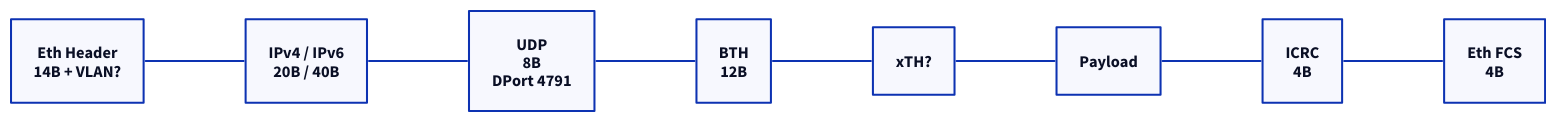
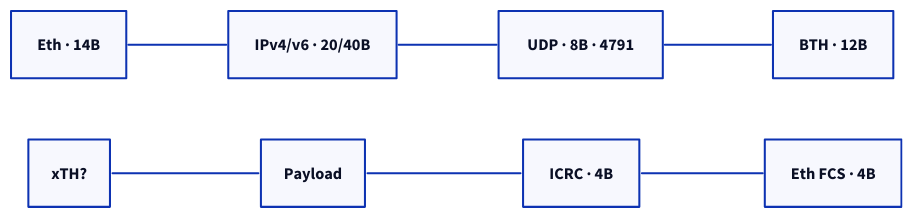
The second of 2 diagrams in topics/rdma/docs/03_rocev2.md (humbleowl39/DV_SKOOL), drawn with D2 before and after one commit. The commit also changed other lines of this file and 90 other files, not shown here.

First line of the commit message:
docs: 전 토픽 다이어그램 정비 — ASCII→D2, mermaid→D2, 과대 D2 가시성 수정

````diff
--- a/topics/rdma/docs/03_rocev2.md
+++ b/topics/rdma/docs/03_rocev2.md
@@ -281,19 +280,14 @@
 ```d2
 direction: right
 
-ETH: "Eth Header\n14B + VLAN?"
-IP: "IPv4 / IPv6\n20B / 40B"
-UDP: "UDP\n8B\nDPort 4791"
-BTH: "BTH\n12B"
+ETH: "Eth · 14B"
+IP: "IPv4/v6 · 20/40B"
+UDP: "UDP · 8B · 4791"
+BTH: "BTH · 12B"
 XTH: "xTH?"
 PAY: "Payload"
-ICRC: "ICRC\n4B"
-FCS: "Eth FCS\n4B"
-ETH -- IP
-IP -- UDP
-UDP -- BTH
-BTH -- XTH
-XTH -- PAY
-PAY -- ICRC
-ICRC -- FCS
+ICRC: "ICRC · 4B"
+FCS: "Eth FCS · 4B"
+ETH -- IP -- UDP -- BTH
+XTH -- PAY -- ICRC -- FCS
 ```
````
